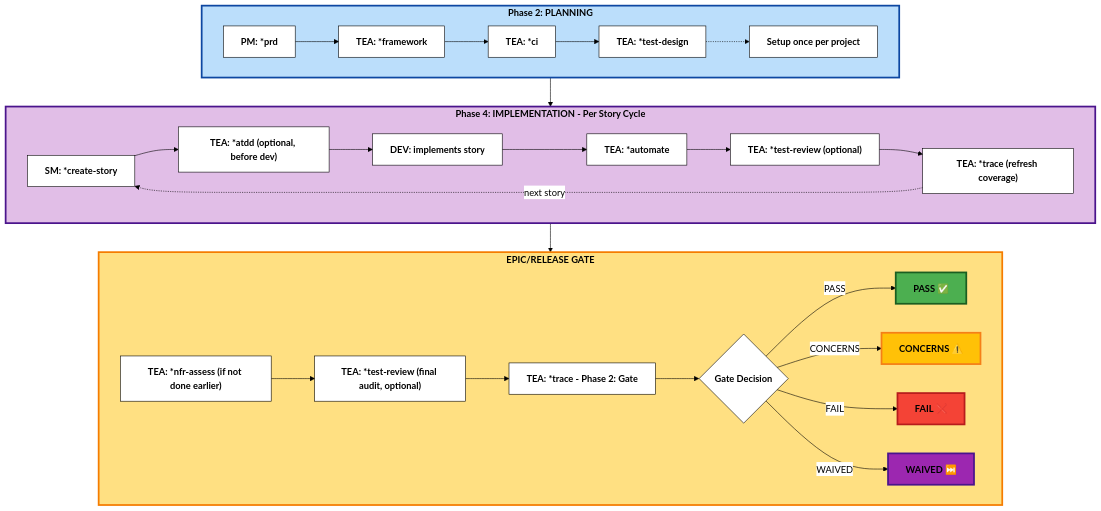
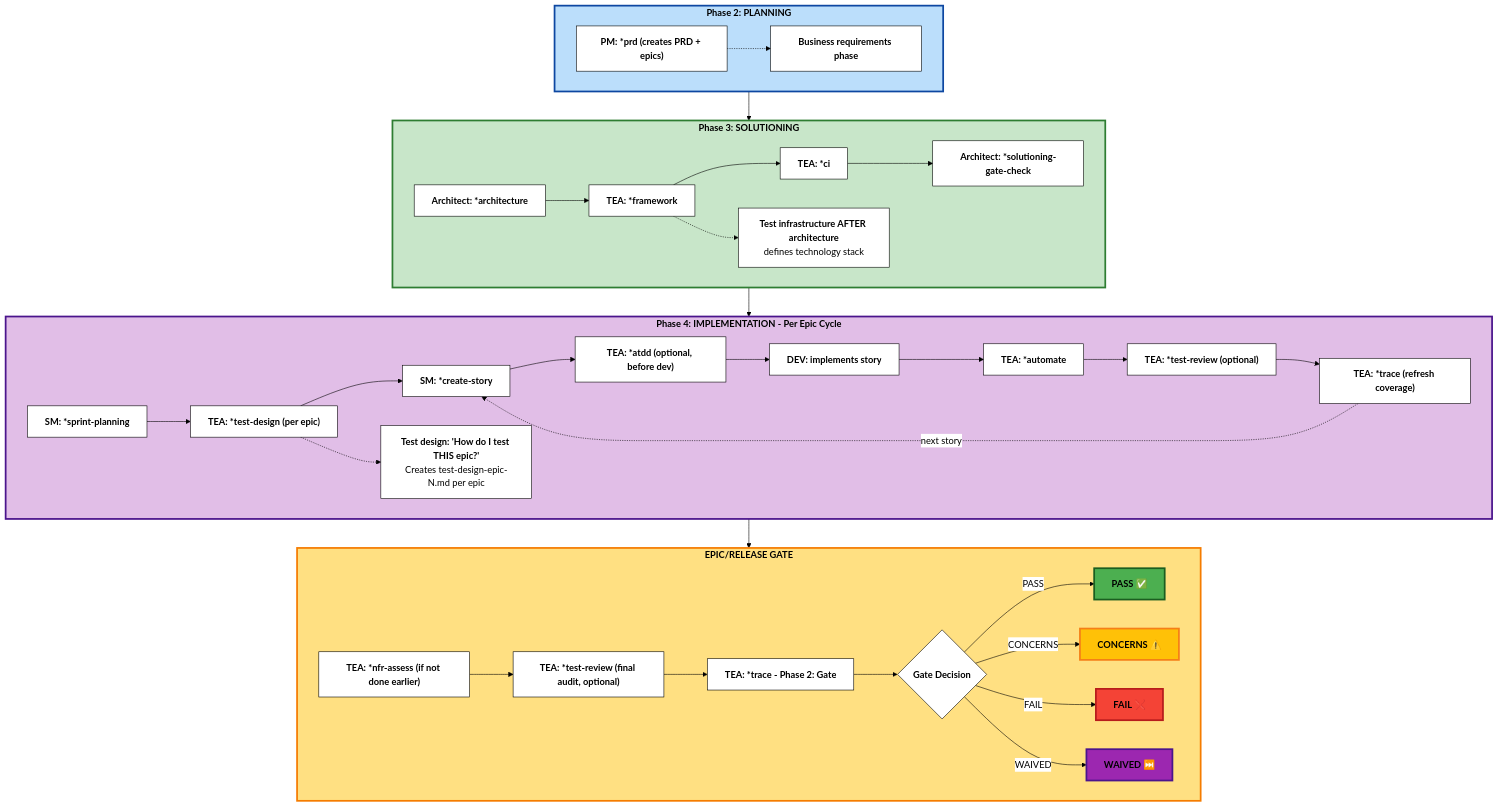
One commit to acita-gmbh/eaf changed the diagram in bmad/bmm/docs/test-architecture.md. Above: the diagram before and after it, drawn with Mermaid. The commit also changed other lines of this file and 80 other files, not shown here.

````diff
--- a/bmad/bmm/docs/test-architecture.md
+++ b/bmad/bmm/docs/test-architecture.md
@@ -17,57 +17,71 @@
 ```mermaid
 %%{init: {'theme':'base', 'themeVariables': { 'primaryColor':'#fff','primaryTextColor':'#000','primaryBorderColor':'#000','lineColor':'#000','secondaryColor':'#fff','tertiaryColor':'#fff','fontSize':'16px','fontFamily':'arial'}}}%%
 graph TB
     subgraph Phase2["<b>Phase 2: PLANNING</b>"]
-        PM["<b>PM: *prd</b>"]
+        PM["<b>PM: *prd (creates PRD + epics)</b>"]
+        PlanNote["<b>Business requirements phase</b>"]
+        PM -.-> PlanNote
+    end
+
+    subgraph Phase3["<b>Phase 3: SOLUTIONING</b>"]
+        Architecture["<b>Architect: *architecture</b>"]
         Framework["<b>TEA: *framework</b>"]
         CI["<b>TEA: *ci</b>"]
-        TestDesign["<b>TEA: *test-design</b>"]
-        PM --> Framework
+        GateCheck["<b>Architect: *solutioning-gate-check</b>"]
+        Architecture --> Framework
         Framework --> CI
-        CI --> TestDesign
-        SetupNote["<b>Setup once per project</b>"]
-        TestDesign -.-> SetupNote
+        CI --> GateCheck
+        Phase3Note["<b>Test infrastructure AFTER architecture</b><br/>defines technology stack"]
+        Framework -.-> Phase3Note
     end
 
-    subgraph Phase4["<b>Phase 4: IMPLEMENTATION - Per Story Cycle</b>"]
+    subgraph Phase4["<b>Phase 4: IMPLEMENTATION - Per Epic Cycle</b>"]
+        SprintPlan["<b>SM: *sprint-planning</b>"]
+        TestDesign["<b>TEA: *test-design (per epic)</b>"]
         CreateStory["<b>SM: *create-story</b>"]
         ATDD["<b>TEA: *atdd (optional, before dev)</b>"]
         DevImpl["<b>DEV: implements story</b>"]
         Automate["<b>TEA: *automate</b>"]
         TestReview1["<b>TEA: *test-review (optional)</b>"]
         Trace1["<b>TEA: *trace (refresh coverage)</b>"]
 
+        SprintPlan --> TestDesign
+        TestDesign --> CreateStory
         CreateStory --> ATDD
         ATDD --> DevImpl
         DevImpl --> Automate
         Automate --> TestReview1
         TestReview1 --> Trace1
         Trace1 -.->|next story| CreateStory
+        TestDesignNote["<b>Test design: 'How do I test THIS epic?'</b><br/>Creates test-design-epic-N.md per epic"]
+        TestDesign -.-> TestDesignNote
     end
 
     subgraph Gate["<b>EPIC/RELEASE GATE</b>"]
         NFR["<b>TEA: *nfr-assess (if not done earlier)</b>"]
         TestReview2["<b>TEA: *test-review (final audit, optional)</b>"]
         TraceGate["<b>TEA: *trace - Phase 2: Gate</b>"]
         GateDecision{"<b>Gate Decision</b>"}
 
         NFR --> TestReview2
         TestReview2 --> TraceGate
         TraceGate --> GateDecision
         GateDecision -->|PASS| Pass["<b>PASS ✅</b>"]
         GateDecision -->|CONCERNS| Concerns["<b>CONCERNS ⚠️</b>"]
         GateDecision -->|FAIL| Fail["<b>FAIL ❌</b>"]
         GateDecision -->|WAIVED| Waived["<b>WAIVED ⏭️</b>"]
     end
 
-    Phase2 --> Phase4
+    Phase2 --> Phase3
+    Phase3 --> Phase4
     Phase4 --> Gate
 
     style Phase2 fill:#bbdefb,stroke:#0d47a1,stroke-width:3px,color:#000
+    style Phase3 fill:#c8e6c9,stroke:#2e7d32,stroke-width:3px,color:#000
     style Phase4 fill:#e1bee7,stroke:#4a148c,stroke-width:3px,color:#000
     style Gate fill:#ffe082,stroke:#f57c00,stroke-width:3px,color:#000
     style Pass fill:#4caf50,stroke:#1b5e20,stroke-width:3px,color:#000
     style Concerns fill:#ffc107,stroke:#f57f17,stroke-width:3px,color:#000
     style Fail fill:#f44336,stroke:#b71c1c,stroke-width:3px,color:#000
     style Waived fill:#9c27b0,stroke:#4a148c,stroke-width:3px,color:#000
 ```
````
